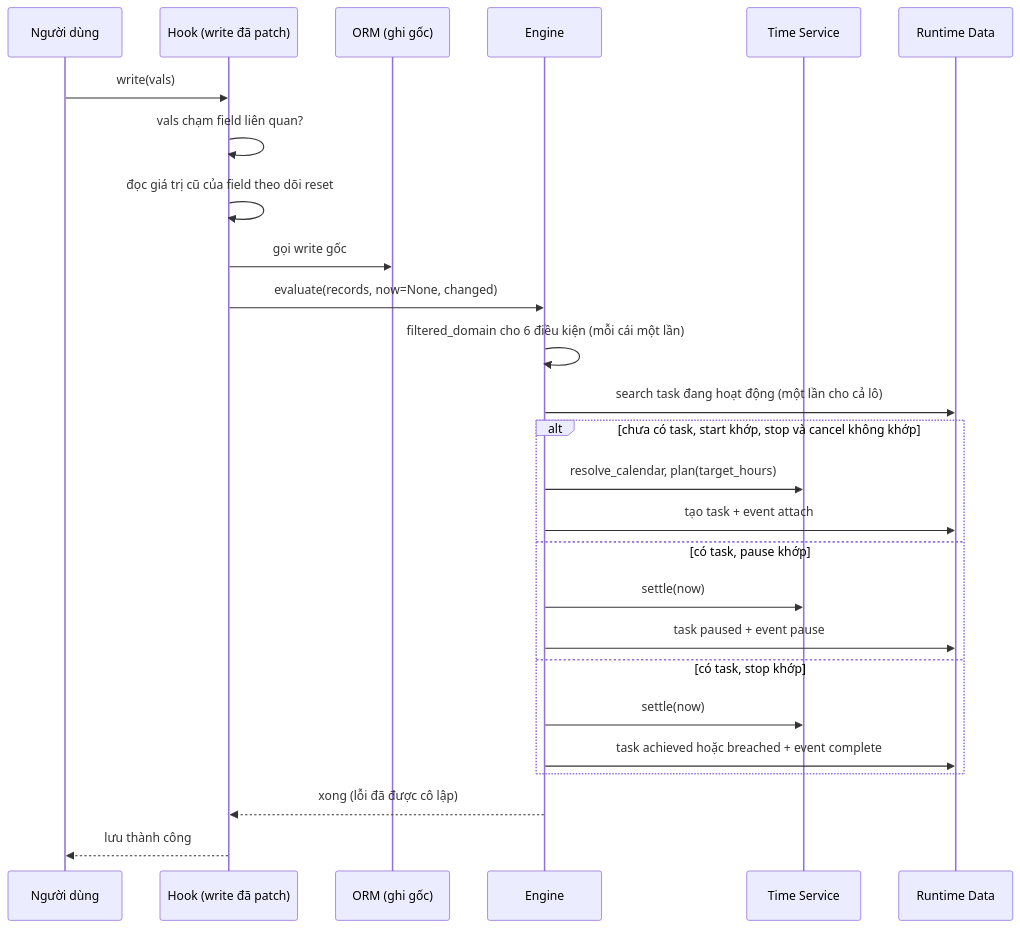
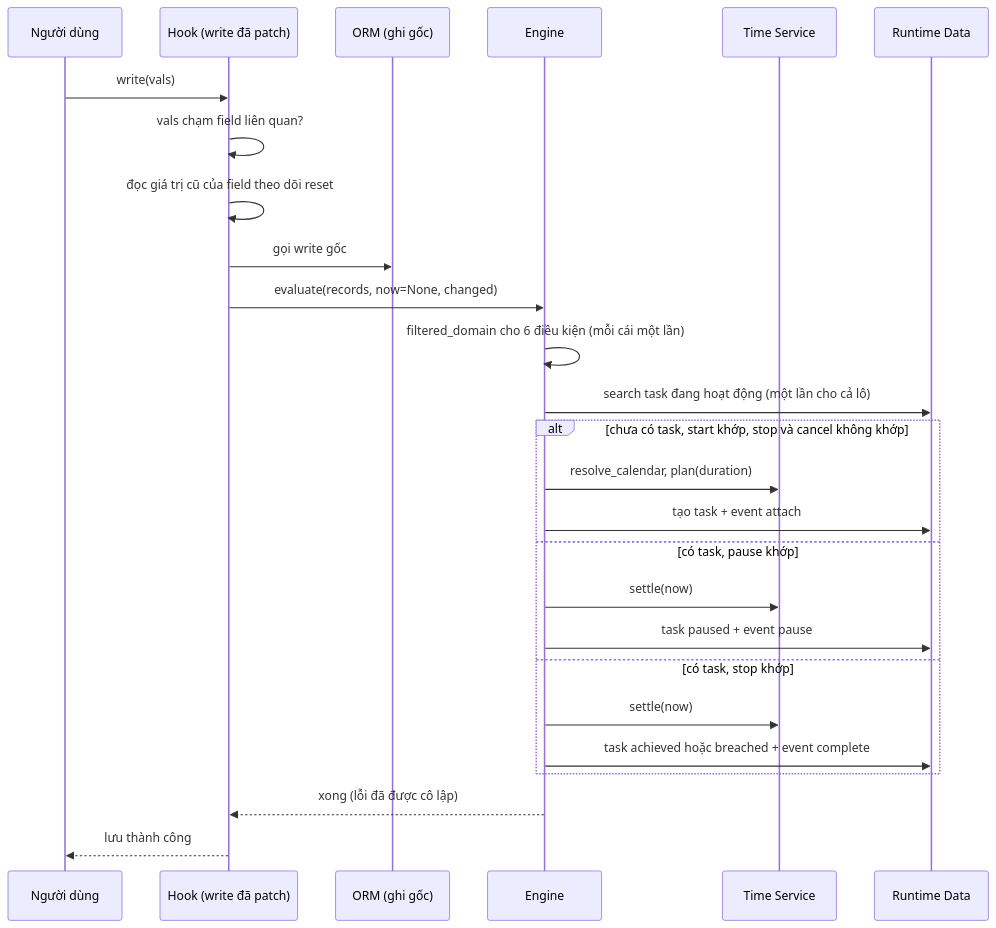
The fifth of 10 diagrams in dwo_sla_core/docs/020_Technical-Architecture-Document.md (tienhieuD/odoo_custom_addons), drawn with Mermaid before and after one commit. The commit also changed other lines of this file and 7 other files, not shown here.

````diff
--- a/dwo_sla_core/docs/020_Technical-Architecture-Document.md
+++ b/dwo_sla_core/docs/020_Technical-Architecture-Document.md
@@ -265,28 +285,28 @@
 ```mermaid
 sequenceDiagram
   participant U as Người dùng
   participant H as Hook (write đã patch)
   participant ORM as ORM (ghi gốc)
   participant E as Engine
   participant T as Time Service
   participant D as Runtime Data
   U->>H: write(vals)
   H->>H: vals chạm field liên quan?
   H->>H: đọc giá trị cũ của field theo dõi reset
   H->>ORM: gọi write gốc
   H->>E: evaluate(records, now=None, changed)
   E->>E: filtered_domain cho 6 điều kiện (mỗi cái một lần)
   E->>D: search task đang hoạt động (một lần cho cả lô)
   alt chưa có task, start khớp, stop và cancel không khớp
-    E->>T: resolve_calendar, plan(target_hours)
+    E->>T: resolve_calendar, plan(duration)
     E->>D: tạo task + event attach
   else có task, pause khớp
     E->>T: settle(now)
     E->>D: task paused + event pause
   else có task, stop khớp
     E->>T: settle(now)
     E->>D: task achieved hoặc breached + event complete
   end
   E-->>H: xong (lỗi đã được cô lập)
   H-->>U: lưu thành công
 ```
````
